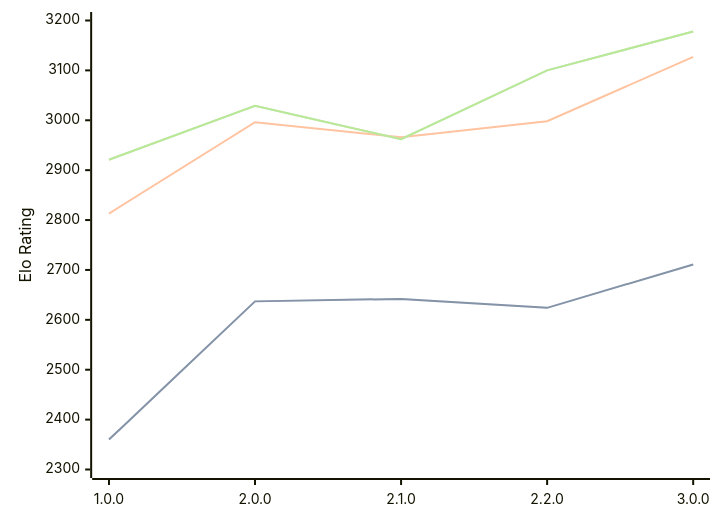
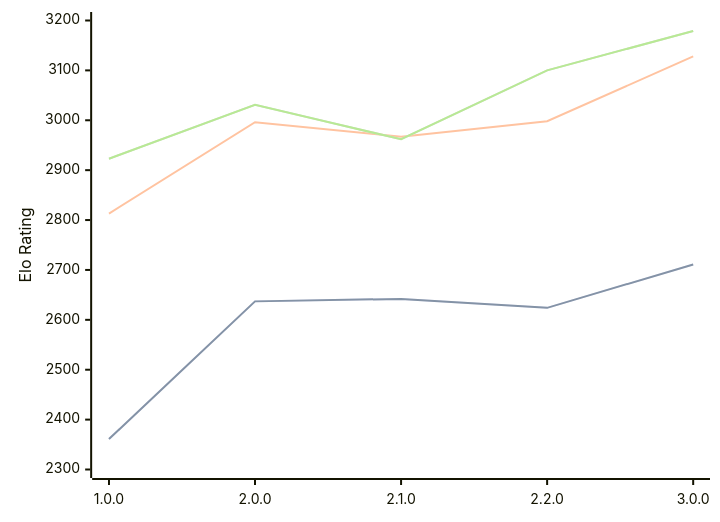
Before and after one commit to computer-chess-index/cci: the diagram in engines/Catalyst.md, drawn with Mermaid. The commit also changed other lines of this file, not shown here.

Commit message:
Update CCI Ratings (ELO VLTC) - 2026-05-03

````diff
--- a/engines/Catalyst.md
+++ b/engines/Catalyst.md
@@ -35,11 +35,11 @@
 ```mermaid
 %%{init: {"theme":"base","themeVariables":{"seriesColors:['#a3a3a3','#222221','#faa371']}}}%%
 xychart-beta
   x-axis ["1.0.0", "2.0.0", "2.1.0", "2.2.0", "3.0.0"]
   y-axis "Elo Rating" 2300 --> 3200
-  line "STC (8.0+0.08s)" [2360, 2637, 2642, 2624, 2711]
-  line "STC (8.0+0.08s)" [2360, 2637, 2642, 2624, 2711]
-  line "LTC (60.0+0.60s)" [2813, 2996, 2966, 2998, 3127]
-  line "VLTC (2m24s+1.12s)" [2921, 3029, 2962, 3100, 3178]
-  line "VLTC (2m24s+1.12s)" [2921, 3029, 2962, 3100, 3178]
+  line "STC (8.0+0.08s)" [2361, 2637, 2642, 2624, 2711]
+  line "STC (8.0+0.08s)" [2361, 2637, 2642, 2624, 2711]
+  line "LTC (60.0+0.60s)" [2813, 2996, 2967, 2998, 3128]
+  line "VLTC (2m24s+1.12s)" [2923, 3031, 2962, 3100, 3179]
+  line "VLTC (2m24s+1.12s)" [2923, 3031, 2962, 3100, 3179]
 ```
````
